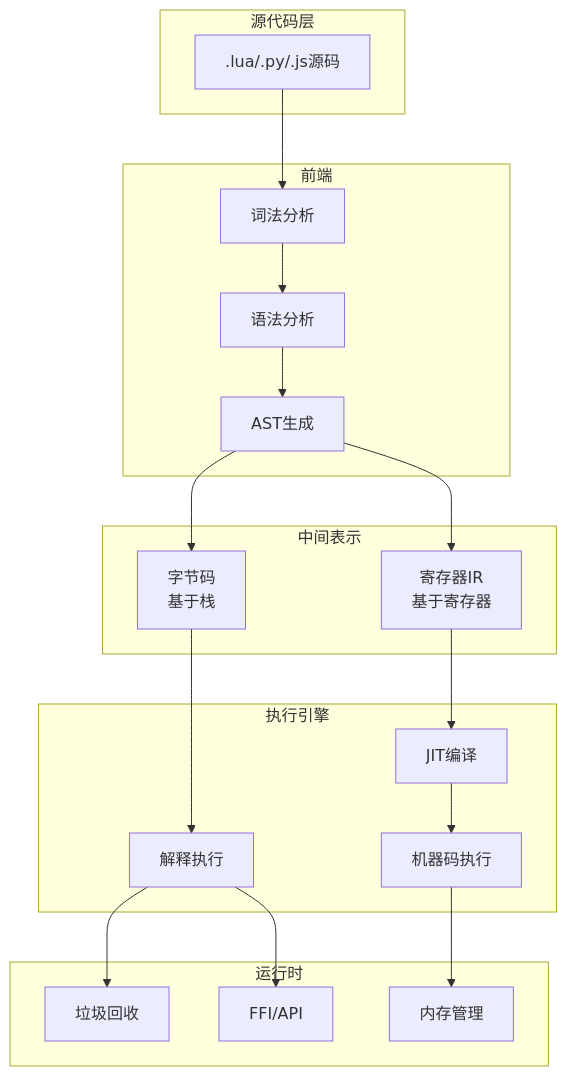
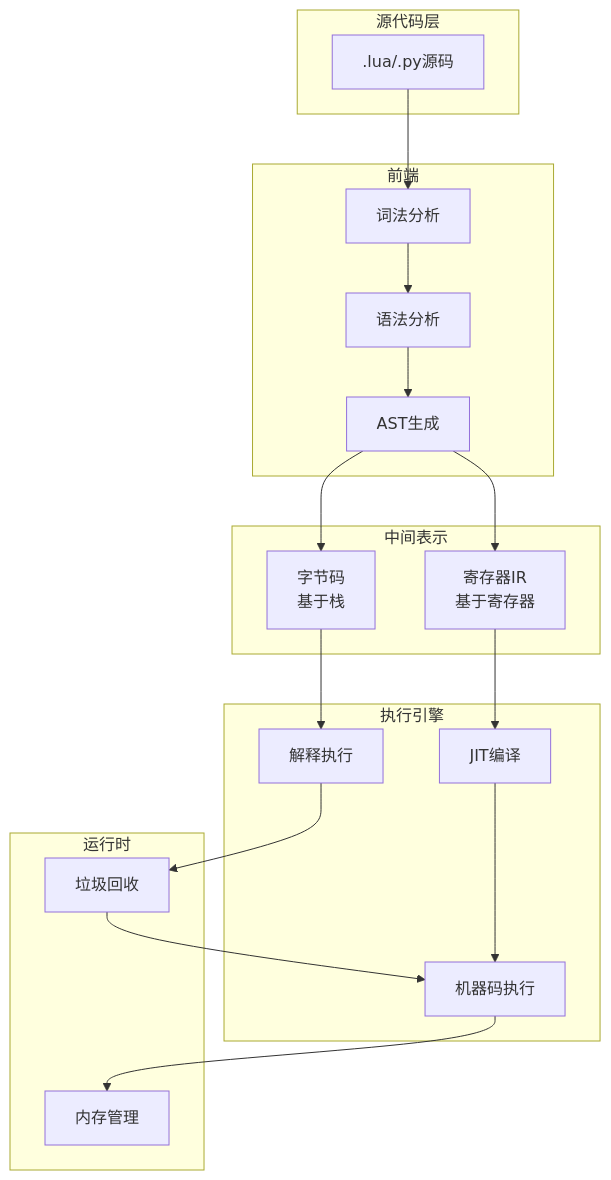
The diagram in knowledge/03_System_Technology_Domains/01_Virtual_Machine_Interpreter/README.md (AdaMartin18010/C_Lang), drawn with Mermaid before and after one commit. The commit also changed other lines of this file and 8 other files, not shown here.

````diff
--- a/knowledge/03_System_Technology_Domains/01_Virtual_Machine_Interpreter/README.md
+++ b/knowledge/03_System_Technology_Domains/01_Virtual_Machine_Interpreter/README.md
@@ -110,37 +90,34 @@
 ```mermaid
 flowchart TB
     subgraph Source["源代码层"]
-        SRC[.lua/.py/.js源码]
+        SRC[.lua/.py源码]
     end
 
     subgraph Frontend["前端"]
         LEX[词法分析]
         PARSE[语法分析]
         AST[AST生成]
     end
 
     subgraph IR["中间表示"]
         BYTECODE[字节码<br/>基于栈]
         REGISTER[寄存器IR<br/>基于寄存器]
     end
 
     subgraph Execution["执行引擎"]
         INTERP[解释执行]
         JIT[JIT编译]
         NATIVE[机器码执行]
     end
 
     subgraph Runtime["运行时"]
         GC[垃圾回收]
         MM[内存管理]
-        API[FFI/API]
     end
 
     SRC --> LEX --> PARSE --> AST
     AST --> BYTECODE --> INTERP
     AST --> REGISTER --> JIT
-    INTERP --> GC
-    JIT --> NATIVE
-    NATIVE --> MM
-    INTERP --> API
+    INTERP --> GC --> NATIVE
+    JIT --> NATIVE --> MM
 ```
````
